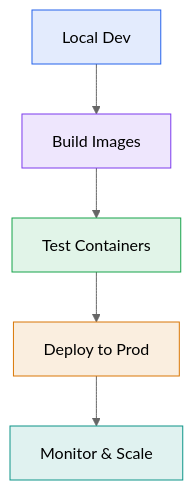
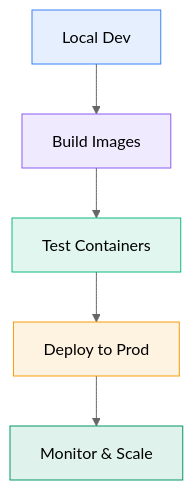
The fifth of 5 diagrams in 302.1-data-computation/docker.md (MadeInShineA/hei-course-summaries), drawn with Mermaid (neutral theme) before and after one commit. The commit also changed other lines of this file and 2 other files, not shown here.

Commit message:
Updated mermaid graphs colors

````diff
--- a/302.1-data-computation/docker.md
+++ b/302.1-data-computation/docker.md
@@ -434,13 +436,13 @@
 ```mermaid
 flowchart TD
     DEV[Local Dev] --> BUILD[Build Images]
     BUILD --> TEST[Test Containers]
     TEST --> DEPLOY[Deploy to Prod]
     DEPLOY --> MONITOR[Monitor & Scale]
     
-    style DEV fill:#2563eb20,stroke:#2563eb
-    style BUILD fill:#7c3aed20,stroke:#7c3aed
-    style TEST fill:#16a34a20,stroke:#16a34a
-    style DEPLOY fill:#d9770620,stroke:#d97706
-    style MONITOR fill:#0d948820,stroke:#0d9488
+    style DEV fill:#3b82f620,stroke:#3b82f6
+    style BUILD fill:#8b5cf620,stroke:#8b5cf6
+    style TEST fill:#10b98120,stroke:#10b981
+    style DEPLOY fill:#f59e0b20,stroke:#f59e0b
+    style MONITOR fill:#05966920,stroke:#059669
 ```
````
